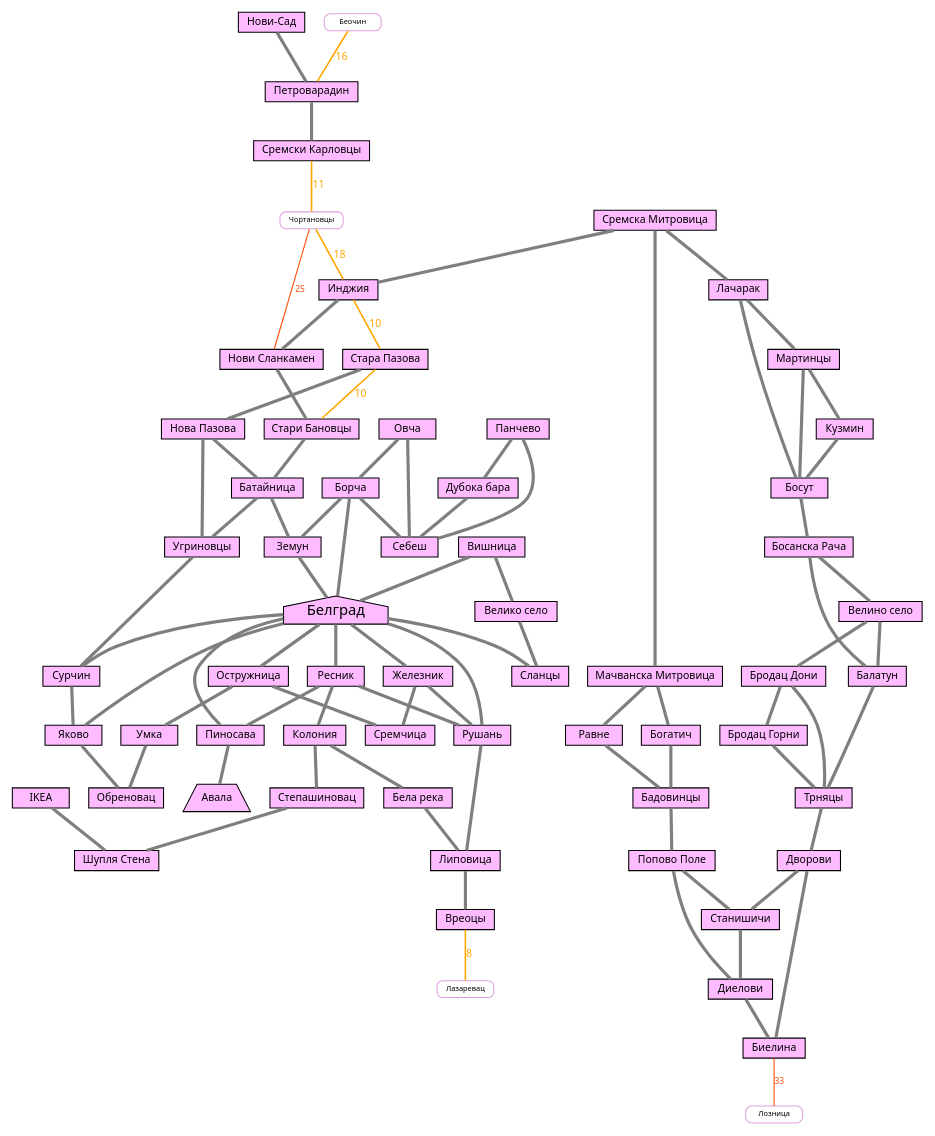
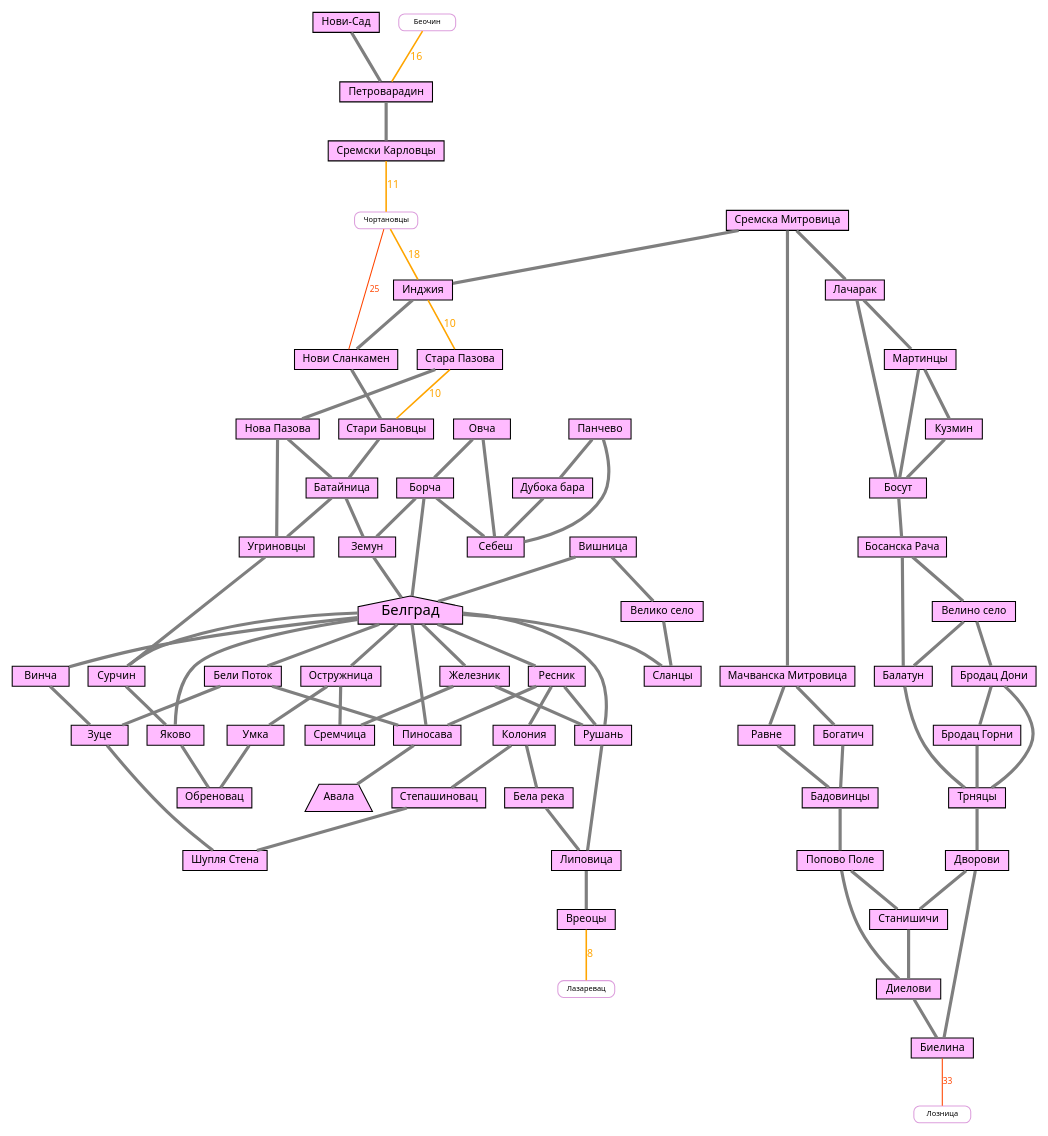
One commit to shoorick/bike-area changed the diagram in serbia.dot. Above: the diagram before and after it, drawn with Graphviz. The commit also changed 1 other file, not shown here.

Commit message:
Expand Serbian graph: ride Beograd → Vinča → Leštane → IKEA → Zuce → Beli Potok → Beograd

```diff
--- a/serbia.dot
+++ b/serbia.dot
@@ -1,76 +1,78 @@
 graph G {
     node [ shape=box, fontsize=10, fontname="Noto Sans,sans", style=filled, height=0.2 ]
     edge [ color=gray50, penwidth=3, fontname="Noto Sans,sans" ]
     graph [ overlap=false ]
 
     subgraph belgrade {
     node [ fillcolor=plum1 ]
     Белград [ shape=house, fontsize=14, margin=0.01 ]
     Авала [ shape=trapezium, margin=0.01 ]
 
     "Стара Пазова" -- "Нова Пазова" -- Батайница -- Земун -- Белград
     Белград -- {Ресник Рушань Сланцы Сурчин}
     Вишница -- "Велико село" -- Сланцы
     Вишница -- Белград
     Ресник -- Рушань -- Липовица -- Вреоцы
     Ресник -- Пиносава
     Ресник -- Колония -- "Бела река" -- Липовица
     Колония -- Степашиновац -- "Шупля Стена"
-    IKEA -- "Шупля Стена"
+    Белград -- Винча -- Зуце -- "Шупля Стена"
+    Белград -- "Бели Поток" -- Зуце
+    "Бели Поток" -- Пиносава
     Белград -- Пиносава -- Авала
     Белград -- Железник -- Рушань
     "Сремска Митровица" -- Инджия -- "Нови Сланкамен" -- "Стари Бановцы" -- Батайница
     "Нова Пазова" -- Угриновцы
     Батайница -- Угриновцы -- Сурчин -- Яково
     Овча -- Борча -- Белград -- Яково -- Обреновац
     Белград -- Остружница -- Умка -- Обреновац
     { Железник Остружница } -- Сремчица
     Овча -- Себеш
     Борча -- Себеш
     Борча -- Земун
     Панчево -- Себеш
     Панчево -- "Дубока бара" -- Себеш
 
     "Сремска Митровица" -- Лачарак -- Мартинцы -- Кузмин -- Босут
     Лачарак -- Босут
     Мартинцы -- Босут -- "Босанска Рача" -- Балатун -- Трняцы
     "Босанска Рача" -- "Велино село" -- "Бродац Дони" -- "Бродац Горни" -- Трняцы
     "Велино село" -- Балатун
     "Бродац Дони" -- Трняцы -- Дворови -- Биелина
     Дворови -- Станишичи -- Диелови -- Биелина
     "Сремска Митровица" -- "Мачванска Митровица" -- { Равне Богатич } -- Бадовинцы
     Бадовинцы -- "Попово Поле" -- Станишичи
     "Попово Поле" -- Диелови
 
     "Нови-Сад" -- Петроварадин -- "Сремски Карловцы"
 }
 
 subgraph failed {
     node [ shape=Mrecord,fillcolor=white,color=plum,fontsize=7, height=0.1 ]
 
     // Ближайшие — можно пройти за час, до 15-20 км
     edge [ color=orange, fontcolor=orange, fontsize=10, penwidth=1.5 ]
     Инджия -- "Стара Пазова" [ label=10 ]
     "Стара Пазова" -- "Стари Бановцы" [ label=10 ]
     Вреоцы -- Лазаревац [ label=8 ]
 
     Беочин -- Петроварадин [ label=16 ]
     "Сремски Карловцы" -- Чортановцы [ label=11 ]
     Чортановцы -- Инджия [ label=18 ]
 
     // Ближние, до 40 км
     edge [ color=orangered, fontcolor=orangered, fontsize=8, penwidth=1 ]
     Чортановцы -- "Нови Сланкамен" [ label=25 ]
     Биелина -- Лозница [ label=33 ]
 
     // Средние — можно пройти за день
     // edge [ color=red, fontcolor=red, style="dashed" ]
 
     // Дальние (от 100 км)
     //edge [ color=plum, fontcolor=plum, style="dotted" ]
 
     // Самые дальние — нереально проехать
     // edge [ color=skyblue, fontcolor=skyblue ]
 }
 
 }
```
